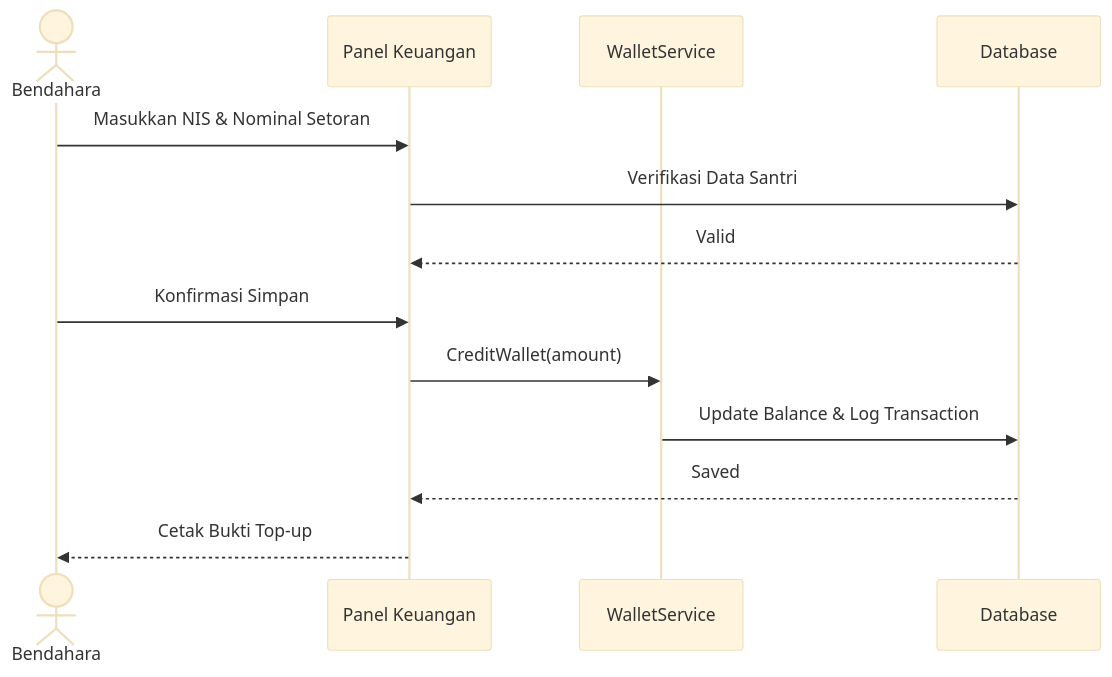
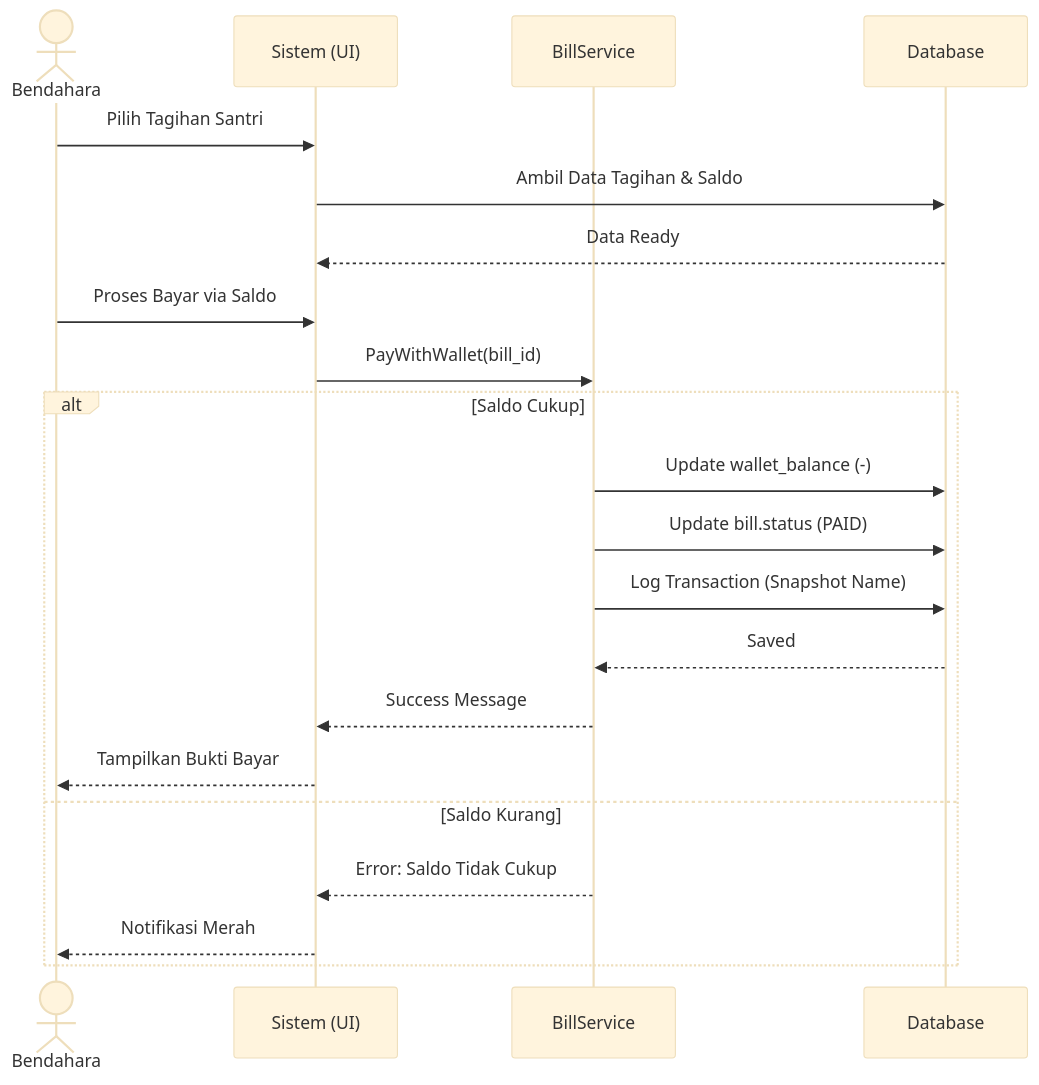
The second of 8 diagrams in documentation/sequence.md (Hnzsama/Pesantren), drawn with Mermaid (base theme) before and after one commit. The commit also changed other lines of this file, not shown here.

Commit message:
sequence diagram

````diff
--- a/documentation/sequence.md
+++ b/documentation/sequence.md
@@ -21,16 +28,24 @@
 ```mermaid
 sequenceDiagram
     actor B as Bendahara
-    participant S as Panel Keuangan
-    participant WS as WalletService
+    participant S as Sistem (UI)
+    participant BS as BillService
     participant DB as Database
     
-    B->>S: Masukkan NIS & Nominal Setoran
-    S->>DB: Verifikasi Data Santri
-    DB-->>S: Valid
-    B->>S: Konfirmasi Simpan
-    S->>WS: CreditWallet(amount)
-    WS->>DB: Update Balance & Log Transaction
-    DB-->>S: Saved
-    S-->>B: Cetak Bukti Top-up
+    B->>S: Pilih Tagihan Santri
+    S->>DB: Ambil Data Tagihan & Saldo
+    DB-->>S: Data Ready
+    B->>S: Proses Bayar via Saldo
+    S->>BS: PayWithWallet(bill_id)
+    alt Saldo Cukup
+        BS->>DB: Update wallet_balance (-)
+        BS->>DB: Update bill.status (PAID)
+        BS->>DB: Log Transaction (Snapshot Name)
+        DB-->>BS: Saved
+        BS-->>S: Success Message
+        S-->>B: Tampilkan Bukti Bayar
+    else Saldo Kurang
+        BS-->>S: Error: Saldo Tidak Cukup
+        S-->>B: Notifikasi Merah
+    end
 ```
````
